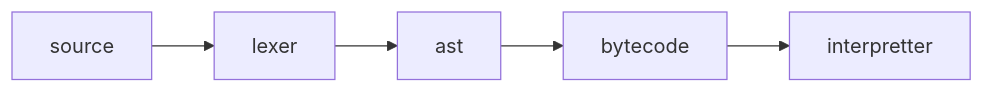
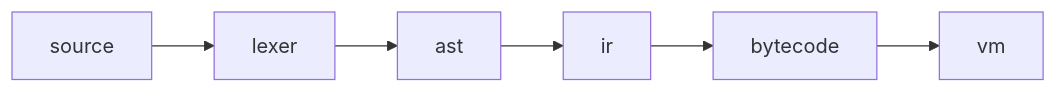
Before and after one commit to wmedrano/spore: the diagram in README.md, drawn with Mermaid. The commit also changed other lines of this file and 1 other file, not shown here.

````diff
--- a/README.md
+++ b/README.md
@@ -42,4 +64,4 @@
 ```mermaid
 flowchart LR
-    source --> lexer --> ast --> bytecode --> interpretter;
+    source --> lexer --> ast --> ir --> bytecode --> vm;
 ```
````
